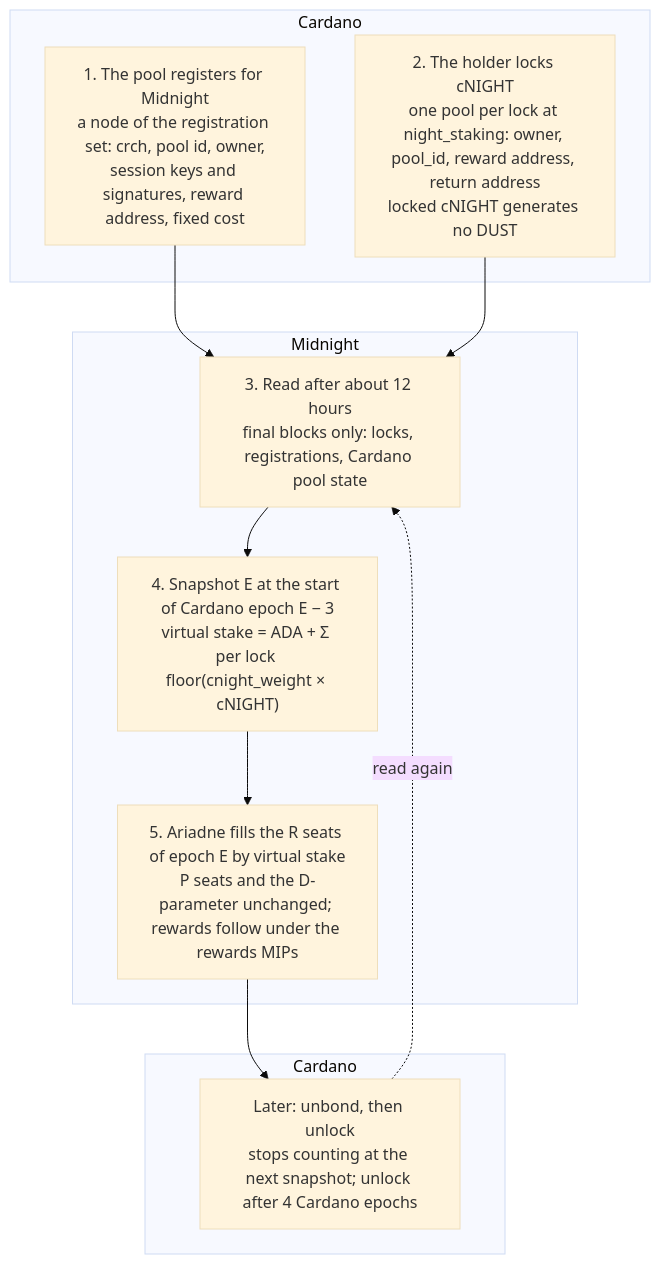
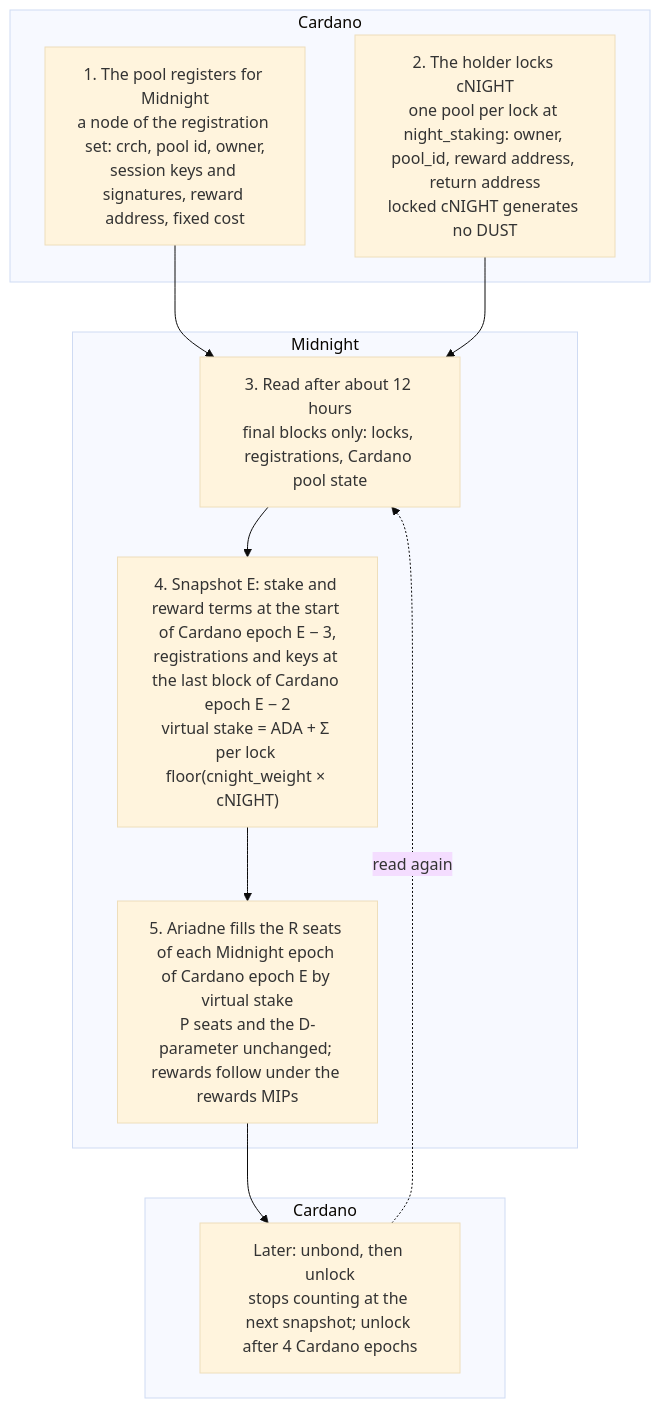
The diagram in mips/mip-xxxx-night-staking-on-cardano.md (midnightntwrk/midnight-improvement-proposals), drawn with Mermaid (base theme) before and after one commit. The commit also changed other lines of this file, not shown here.

Commit message:
MIP-xxxx NIGHT staking on Cardano: each epoch is named a Cardano epoch or a Midnight epoch

````diff
--- a/mips/mip-xxxx-night-staking-on-cardano.md
+++ b/mips/mip-xxxx-night-staking-on-cardano.md
@@ -244,19 +245,19 @@
 ```mermaid
 flowchart TB
     subgraph C1[Cardano]
         P["1. The pool registers for Midnight<br/>a node of the registration set: crch, pool id, owner,<br/>session keys and signatures, reward address, fixed cost"]
         L["2. The holder locks cNIGHT<br/>one pool per lock at night_staking: owner, pool_id, reward address, return address<br/>locked cNIGHT generates no DUST"]
     end
     subgraph M[Midnight]
         O["3. Read after about 12 hours<br/>final blocks only: locks, registrations, Cardano pool state"]
-        S["4. Snapshot E at the start of Cardano epoch E − 3<br/>virtual stake = ADA + Σ per lock floor(cnight_weight × cNIGHT)"]
-        A["5. Ariadne fills the R seats of epoch E by virtual stake<br/>P seats and the D-parameter unchanged; rewards follow under the rewards MIPs"]
+        S["4. Snapshot E: stake and reward terms at the start of Cardano epoch E − 3,<br/>registrations and keys at the last block of Cardano epoch E − 2<br/>virtual stake = ADA + Σ per lock floor(cnight_weight × cNIGHT)"]
+        A["5. Ariadne fills the R seats of each Midnight epoch of Cardano epoch E by virtual stake<br/>P seats and the D-parameter unchanged; rewards follow under the rewards MIPs"]
     end
     subgraph C2[Cardano]
         U["Later: unbond, then unlock<br/>stops counting at the next snapshot; unlock after 4 Cardano epochs"]
     end
     P --> O
     L --> O
     O --> S --> A --> U
     U -. read again .-> O
 ```
````
